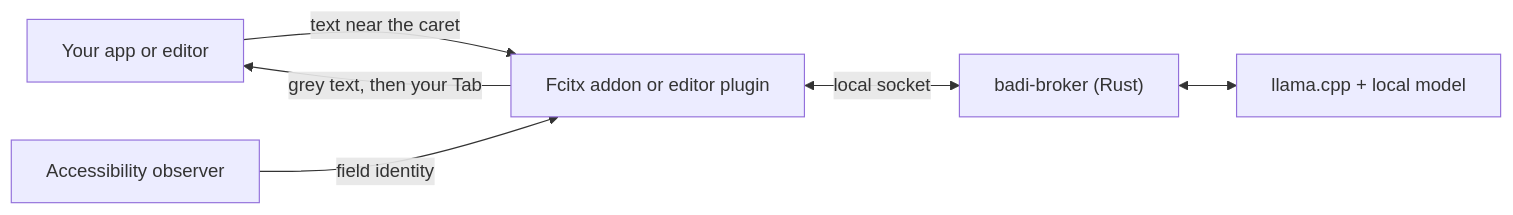
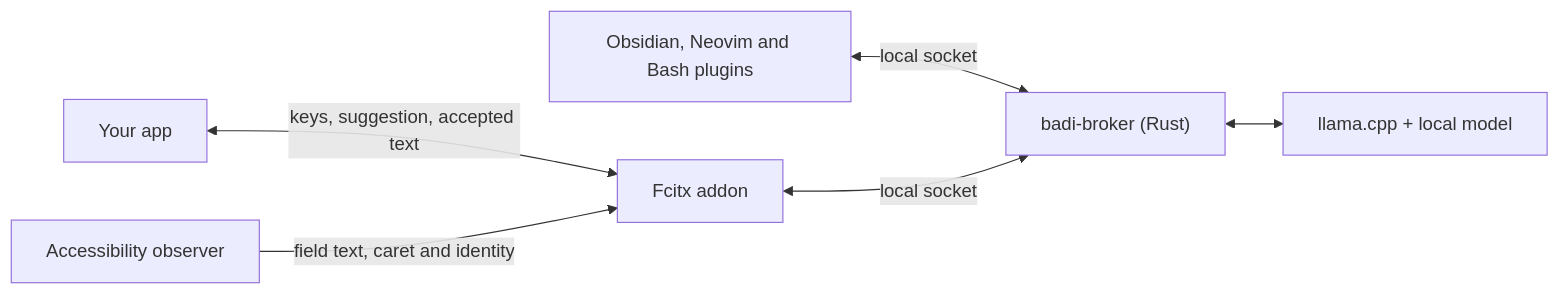
Before and after one commit to ahuray/badi: the diagram in README.md, drawn with Mermaid. The commit also changed other lines of this file, not shown here.

First line of the commit message:
Correct the README's install steps, display and diagram

````diff
--- a/README.md
+++ b/README.md
@@ -191,8 +194,8 @@
 ```mermaid
 flowchart LR
-    A["Your app or editor"] -->|"text near the caret"| F["Fcitx addon or editor plugin"]
+    A["Your app"] <-->|"keys, suggestion, accepted text"| F["Fcitx addon"]
+    O["Accessibility observer"] -->|"field text, caret and identity"| F
+    E["Obsidian, Neovim and Bash plugins"] <-->|"local socket"| B
     F <-->|"local socket"| B["badi-broker (Rust)"]
     B <--> M["llama.cpp + local model"]
-    O["Accessibility observer"] -->|"field identity"| F
-    F -->|"grey text, then your Tab"| A
 ```
````
